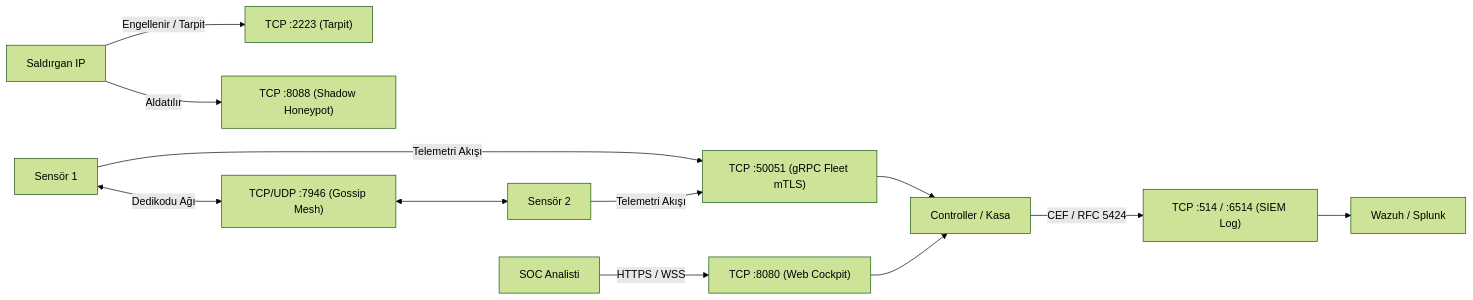
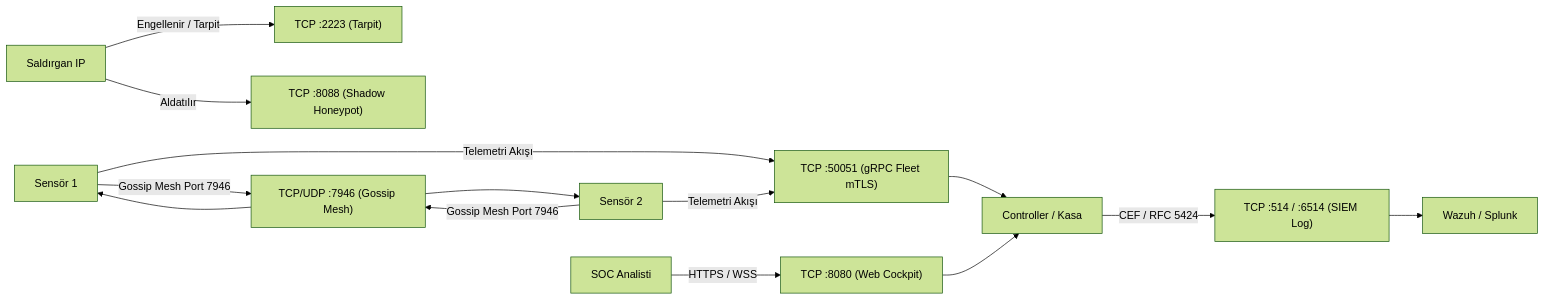
Before and after one commit to CoPdasten/copsec: the fourth of 4 diagrams in docs/DEPLOYMENT_TOPOLOGIES.md, drawn with Mermaid (forest theme). The commit also changed other lines of this file and 1 other file, not shown here.

Commit message:
fix(docs): eliminate parentheses from mermaid edge labels to resolve GitHub parser errors

````diff
--- a/docs/DEPLOYMENT_TOPOLOGIES.md
+++ b/docs/DEPLOYMENT_TOPOLOGIES.md
@@ -260,14 +265,17 @@
 ```mermaid
 flowchart LR
     ATTACKER["Saldırgan IP"] -->|Engellenir / Tarpit| P2223["TCP :2223 (Tarpit)"]
     ATTACKER -->|Aldatılır| P8088["TCP :8088 (Shadow Honeypot)"]
     
-    SENSOR1["Sensör 1"] <-->|Dedikodu Ağı| P7946["TCP/UDP :7946 (Gossip Mesh)"] <--> SENSOR2["Sensör 2"]
+    SENSOR1["Sensör 1"] -->|Gossip Mesh Port 7946| P7946["TCP/UDP :7946 (Gossip Mesh)"]
+    P7946 --> SENSOR1
+    SENSOR2["Sensör 2"] -->|Gossip Mesh Port 7946| P7946
+    P7946 --> SENSOR2
     
     SENSOR1 -->|Telemetri Akışı| P50051["TCP :50051 (gRPC Fleet mTLS)"] --> CONTROLLER["Controller / Kasa"]
     SENSOR2 -->|Telemetri Akışı| P50051
     
     OPERATOR["SOC Analisti"] -->|HTTPS / WSS| P8080["TCP :8080 (Web Cockpit)"] --> CONTROLLER
     
     CONTROLLER -->|CEF / RFC 5424| P514["TCP :514 / :6514 (SIEM Log)"] --> SIEM["Wazuh / Splunk"]
 ```
````
